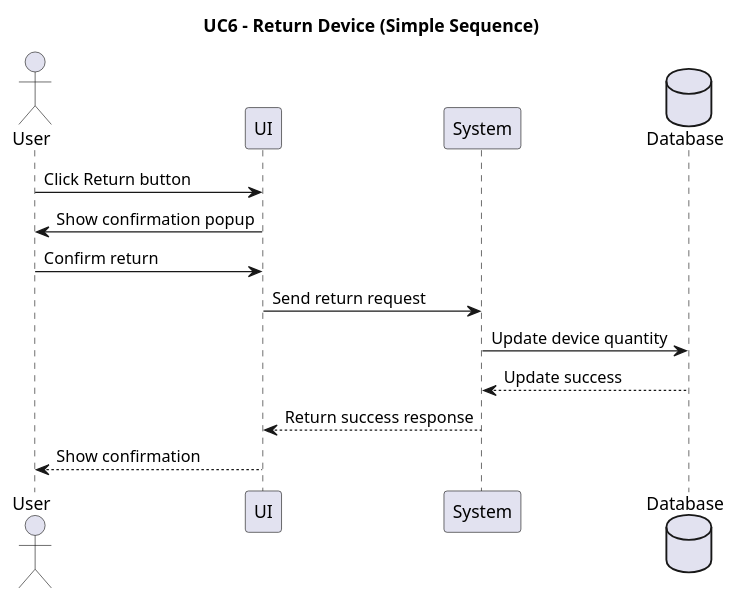
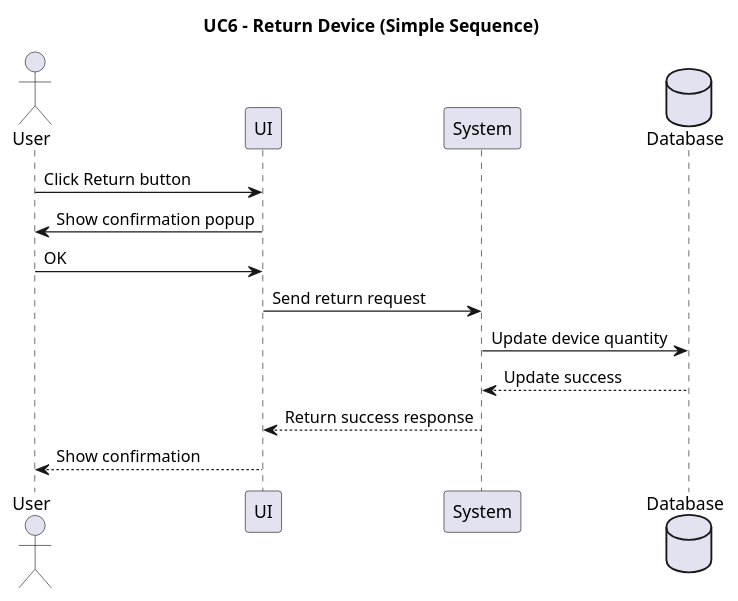
Before and after one commit to tuananh-jos/hello-world-winui: the diagram in docs/hld/sequence/simple/UC6_ReturnDevice.puml, drawn with PlantUML. The commit also changed 1 other file, not shown here.

Commit message:
feat: Add ModelListPage UI and UC6_ReturnDevice sequence diagram.

```diff
--- a/docs/hld/sequence/simple/UC6_ReturnDevice.puml
+++ b/docs/hld/sequence/simple/UC6_ReturnDevice.puml
@@ -1,19 +1,19 @@
 @startuml UC6_ReturnDevice
 
 title UC6 - Return Device (Simple Sequence)
 
 actor User
 participant UI
 participant System
 database Database
 
 User -> UI : Click Return button
 UI -> User : Show confirmation popup
-User -> UI : Confirm return
+User -> UI : OK
 UI -> System : Send return request
 System -> Database : Update device quantity
 Database --> System : Update success
 System --> UI : Return success response
 UI --> User : Show confirmation
 
 @enduml
```
